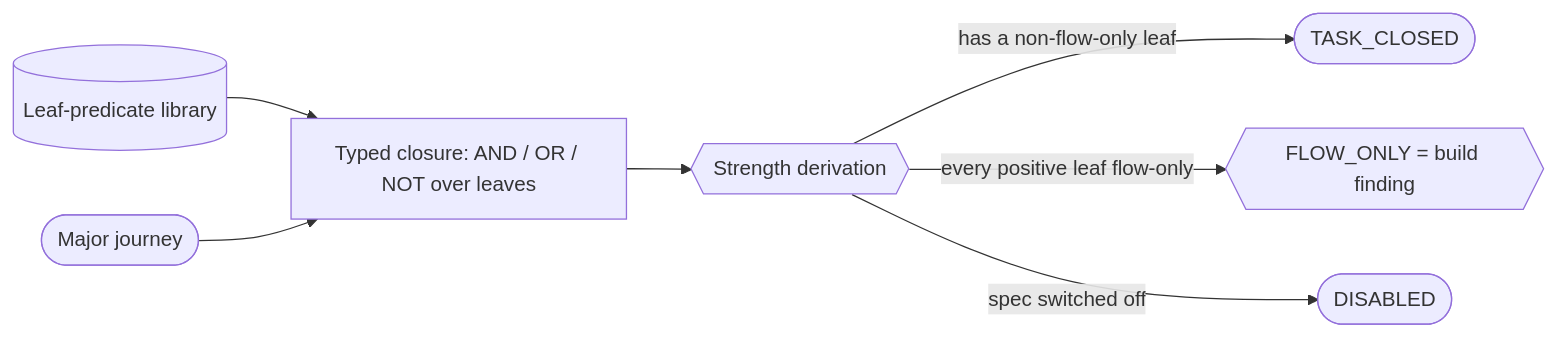
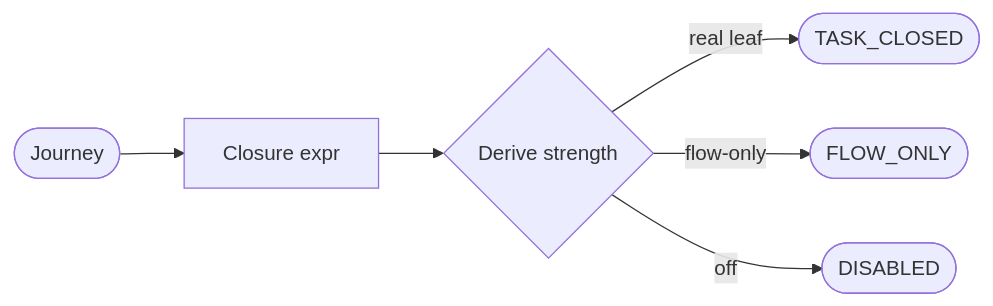
The diagram in book/appendix-fills/models-bridge/journey-task-closure.md (davisjam/agent-governance-mechanisms), drawn with Mermaid before and after one commit. The commit also changed other lines of this file and 25 other files, not shown here.

Commit message:
feat(appxC): bespoke diagrams replacing shared glyphs (batches F+G)

````diff
--- a/book/appendix-fills/models-bridge/journey-task-closure.md
+++ b/book/appendix-fills/models-bridge/journey-task-closure.md
@@ -39,9 +39,8 @@
 ```mermaid
 flowchart LR
-  Lib[(Leaf-predicate library)] --> Closure[Typed closure: AND / OR / NOT over leaves]
-  Journey([Major journey]) --> Closure
-  Closure --> Derive{{Strength derivation}}
-  Derive -->|has a non-flow-only leaf| Closed([TASK_CLOSED])
-  Derive -->|every positive leaf flow-only| Flow{{FLOW_ONLY = build finding}}
-  Derive -->|spec switched off| Disabled([DISABLED])
+  Journey([Journey]) --> Closure[Closure expr]
+  Closure --> Derive{Derive strength}
+  Derive -->|real leaf| Closed([TASK_CLOSED])
+  Derive -->|flow-only| Flow([FLOW_ONLY])
+  Derive -->|off| Disabled([DISABLED])
 ```
````
